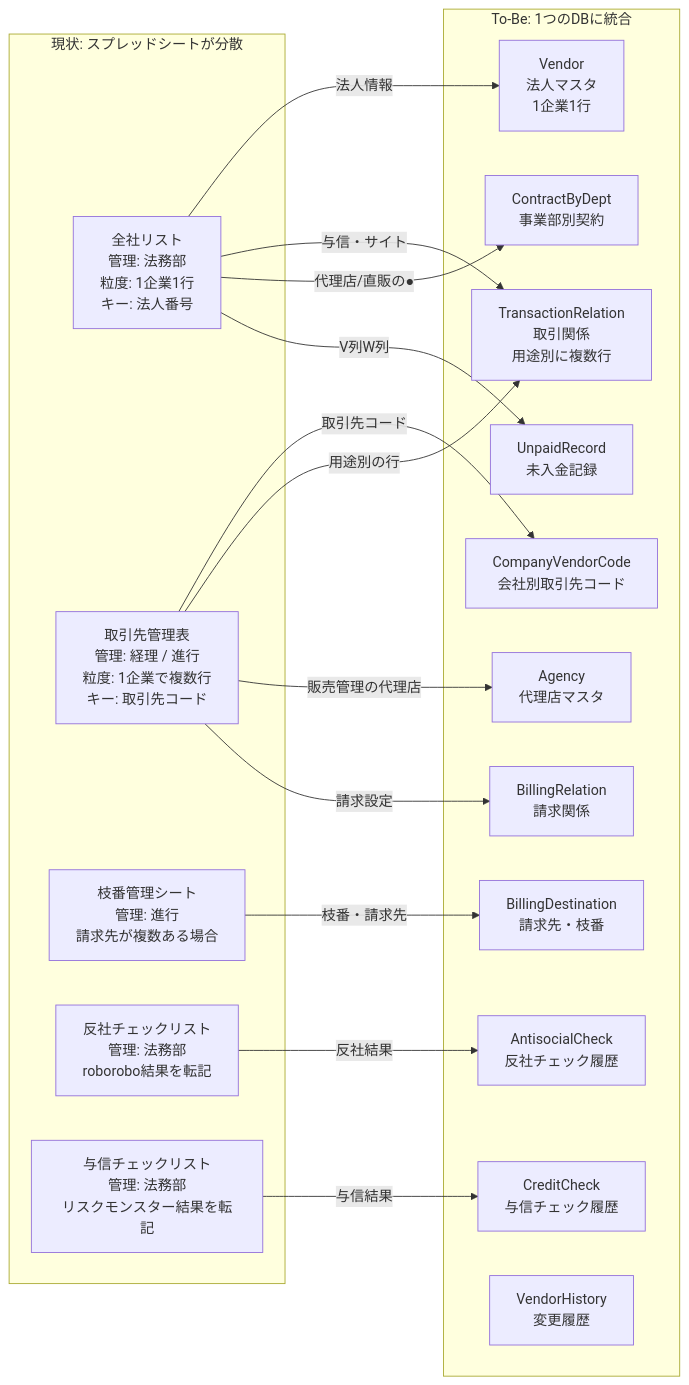
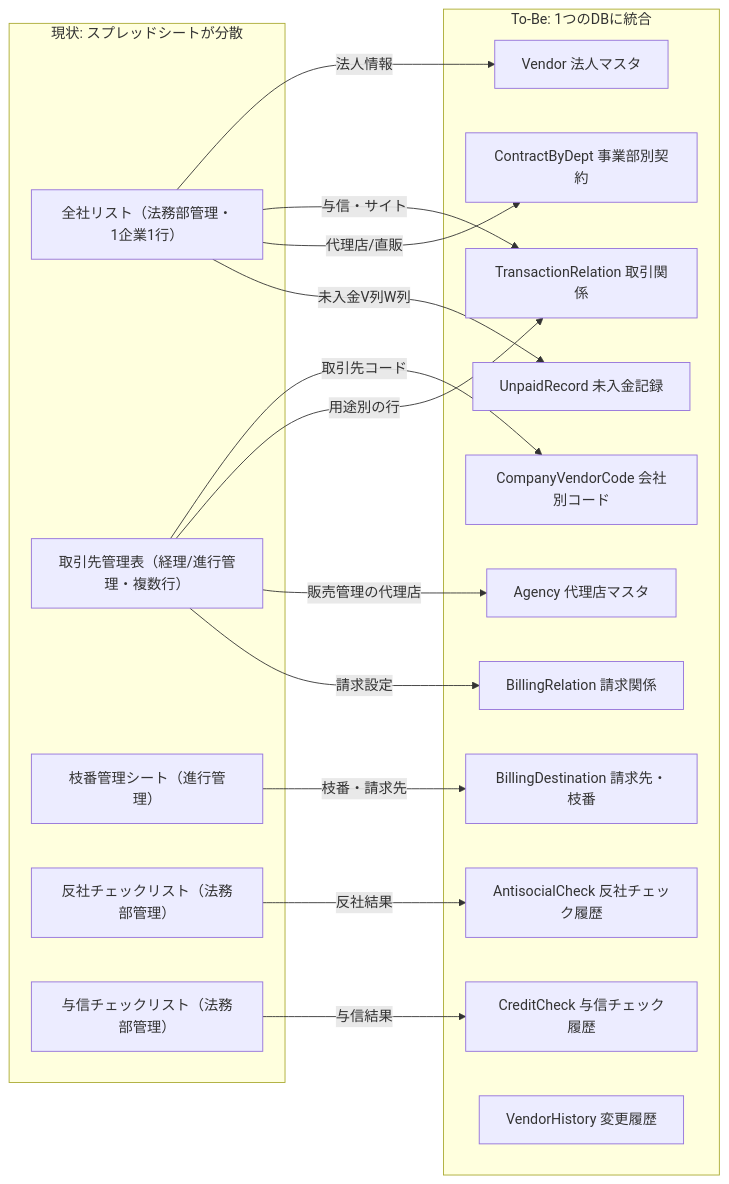
Before and after one commit to rikuxxer/sample: the second of 9 diagrams in README.md, drawn with Mermaid. The commit also changed other lines of this file, not shown here.

````diff
--- a/README.md
+++ b/README.md
@@ -231,36 +232,36 @@
 ```mermaid
 flowchart LR
   subgraph now [現状: スプレッドシートが分散]
-    GSSLegal["全社リスト\n管理: 法務部\n粒度: 1企業1行\nキー: 法人番号"]
-    GSSVendor["取引先管理表\n管理: 経理 / 進行\n粒度: 1企業で複数行\nキー: 取引先コード"]
-    GSSBranch["枝番管理シート\n管理: 進行\n請求先が複数ある場合"]
-    GSSAnti["反社チェックリスト\n管理: 法務部\nroborobo結果を転記"]
-    GSSCredit["与信チェックリスト\n管理: 法務部\nリスクモンスター結果を転記"]
+    GSSLegal["全社リスト（法務部管理・1企業1行）"]
+    GSSVendor["取引先管理表（経理/進行管理・複数行）"]
+    GSSBranch["枝番管理シート（進行管理）"]
+    GSSAnti["反社チェックリスト（法務部管理）"]
+    GSSCredit["与信チェックリスト（法務部管理）"]
   end
 
   subgraph tobe [To-Be: 1つのDBに統合]
-    Vendor["Vendor\n法人マスタ\n1企業1行"]
-    CVC["CompanyVendorCode\n会社別取引先コード"]
-    TR["TransactionRelation\n取引関係\n用途別に複数行"]
-    Agency["Agency\n代理店マスタ"]
-    BR["BillingRelation\n請求関係"]
-    BD["BillingDestination\n請求先・枝番"]
-    AC["AntisocialCheck\n反社チェック履歴"]
-    CC["CreditCheck\n与信チェック履歴"]
-    UR["UnpaidRecord\n未入金記録"]
-    CBD["ContractByDept\n事業部別契約"]
-    VH["VendorHistory\n変更履歴"]
+    Vendor["Vendor 法人マスタ"]
+    CVC["CompanyVendorCode 会社別コード"]
+    TR["TransactionRelation 取引関係"]
+    Agency["Agency 代理店マスタ"]
+    BR["BillingRelation 請求関係"]
+    BD["BillingDestination 請求先・枝番"]
+    AC["AntisocialCheck 反社チェック履歴"]
+    CC["CreditCheck 与信チェック履歴"]
+    UR["UnpaidRecord 未入金記録"]
+    CBD["ContractByDept 事業部別契約"]
+    VH["VendorHistory 変更履歴"]
   end
 
   GSSLegal -->|"法人情報"| Vendor
   GSSLegal -->|"与信・サイト"| TR
-  GSSLegal -->|"代理店/直販の●"| CBD
+  GSSLegal -->|"代理店/直販"| CBD
   GSSVendor -->|"取引先コード"| CVC
   GSSVendor -->|"用途別の行"| TR
   GSSVendor -->|"販売管理の代理店"| Agency
   GSSVendor -->|"請求設定"| BR
   GSSBranch -->|"枝番・請求先"| BD
   GSSAnti -->|"反社結果"| AC
   GSSCredit -->|"与信結果"| CC
-  GSSLegal -->|"V列W列"| UR
+  GSSLegal -->|"未入金V列W列"| UR
 ```
````
